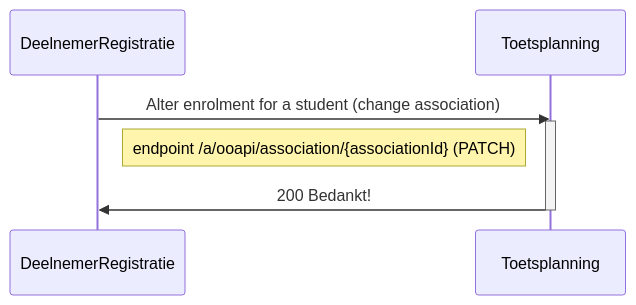
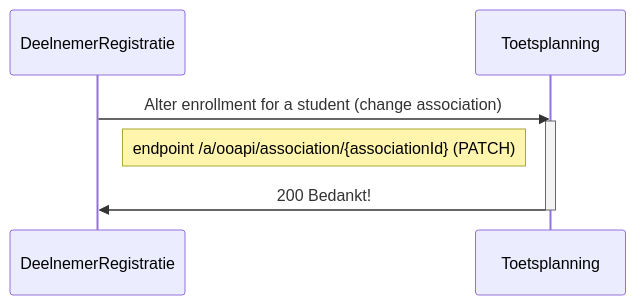
Before and after one commit to NetwerkExamineringDigitalisering/NED-OOAPI: the second of 7 diagrams in doc/flow1.md, drawn with Mermaid. The commit also changed other lines of this file, not shown here.

````diff
--- a/doc/flow1.md
+++ b/doc/flow1.md
@@ -97,11 +97,11 @@
 ```mermaid
 sequenceDiagram
     participant DeelnemerRegistratie
     participant Toetsplanning
-    DeelnemerRegistratie->>Toetsplanning: Alter enrolment for a student (change association)
+    DeelnemerRegistratie->>Toetsplanning: Alter enrollment for a student (change association)
     activate Toetsplanning
     Note right of DeelnemerRegistratie: endpoint /a/ooapi/association/{associationId} (PATCH)
     Toetsplanning->>DeelnemerRegistratie: 200 Bedankt!
     deactivate Toetsplanning
 
 ```
````
